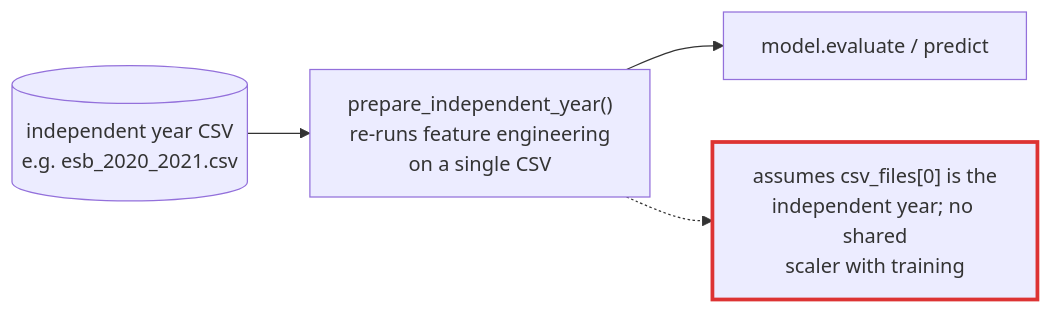
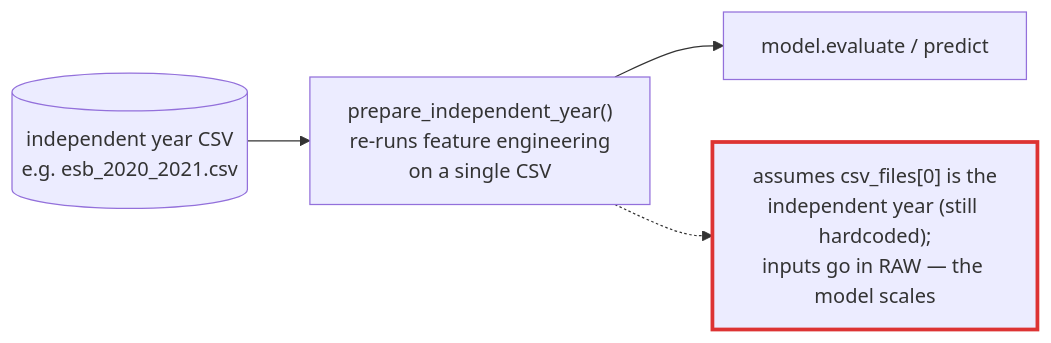
The third of 3 diagrams in docs/ESB_PIPELINE_CURRENT.md (conrad-blucher-institute/UQ4ML_WaterTemp), drawn with Mermaid before and after one commit. The commit also changed other lines of this file and 24 other files, not shown here.

````diff
--- a/docs/ESB_PIPELINE_CURRENT.md
+++ b/docs/ESB_PIPELINE_CURRENT.md
@@ -55,8 +57,8 @@
 ```mermaid
 flowchart LR
   indep[("independent year CSV<br/>e.g. esb_2020_2021.csv")] --> pi["prepare_independent_year()<br/>re-runs feature engineering<br/>on a single CSV"]
   pi --> ev["model.evaluate / predict"]
-  note2["assumes csv_files[0] is the<br/>independent year; no shared<br/>scaler with training"]:::warn
+  note2["assumes csv_files[0] is the<br/>independent year (still hardcoded);<br/>inputs go in RAW — the model scales"]:::warn
   pi -.-> note2
   classDef warn stroke:#d33,stroke-width:3px;
 ```
````
